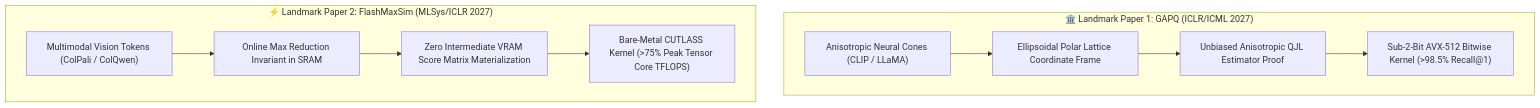
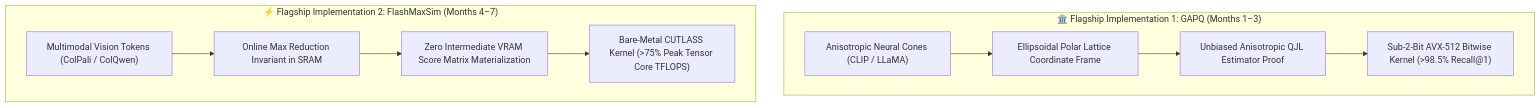
One commit to thlurte/goals changed the third of 3 diagrams in curriculum/roadmap.md. Above: the diagram before and after it, drawn with Mermaid. The commit also changed other lines of this file and 102 other files, not shown here.

````diff
--- a/curriculum/roadmap.md
+++ b/curriculum/roadmap.md
@@ -284,14 +284,14 @@
 ```mermaid
 graph TD
-    subgraph Landmark1 ["🏛️ Landmark Paper 1: GAPQ (ICLR/ICML 2027)"]
+    subgraph Flagship1 ["🏛️ Flagship Implementation 1: GAPQ (Months 1–3)"]
         G1["Anisotropic Neural Cones (CLIP / LLaMA)"] --> G2["Ellipsoidal Polar Lattice Coordinate Frame"]
         G2 --> G3["Unbiased Anisotropic QJL Estimator Proof"]
         G3 --> G4["Sub-2-Bit AVX-512 Bitwise Kernel (>98.5% Recall@1)"]
     end
 
-    subgraph Landmark2 ["⚡ Landmark Paper 2: FlashMaxSim (MLSys/ICLR 2027)"]
+    subgraph Flagship2 ["⚡ Flagship Implementation 2: FlashMaxSim (Months 4–7)"]
         F1["Multimodal Vision Tokens (ColPali / ColQwen)"] --> F2["Online Max Reduction Invariant in SRAM"]
         F2 --> F3["Zero Intermediate VRAM Score Matrix Materialization"]
         F3 --> F4["Bare-Metal CUTLASS Kernel (>75% Peak Tensor Core TFLOPS)"]
     end
 ```
````
